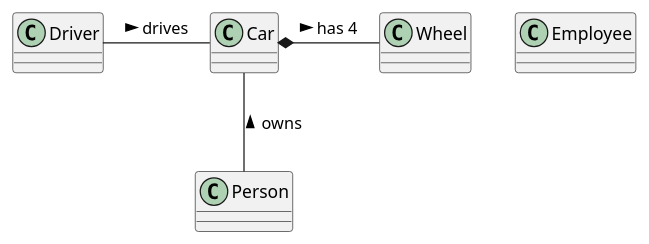
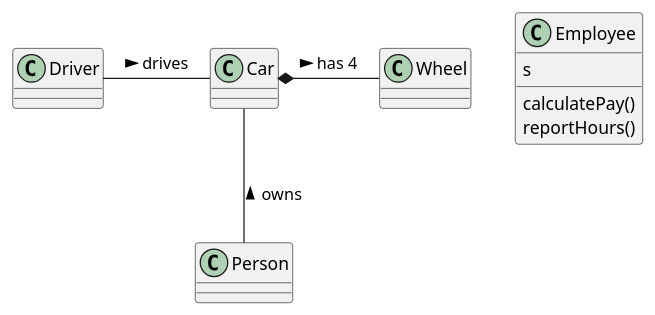
Before and after one commit to huland/logseq-notes: the diagram in pages/Robert C. Martin - Clean Architecture A Craftsman's Guide to Software Structure and Design.md, drawn with PlantUML.

Commit message:
Auto saved by Logseq

```diff
--- a/pages/Robert C. Martin - Clean Architecture A Craftsman's Guide to Software Structure and Design.md
+++ b/pages/Robert C. Martin - Clean Architecture A Craftsman's Guide to Software Structure and Design.md
@@ -43,8 +43,12 @@
 				  @startuml
-				  class Employee
+				  class Employee {
+				    calculatePay()
+				    reportHours()
+				  s
+				  }
 				  
 				  Driver - Car : drives >
 				  Car *- Wheel : has 4 >
 				  Car -- Person : < owns
 				  
 				  @enduml
```
